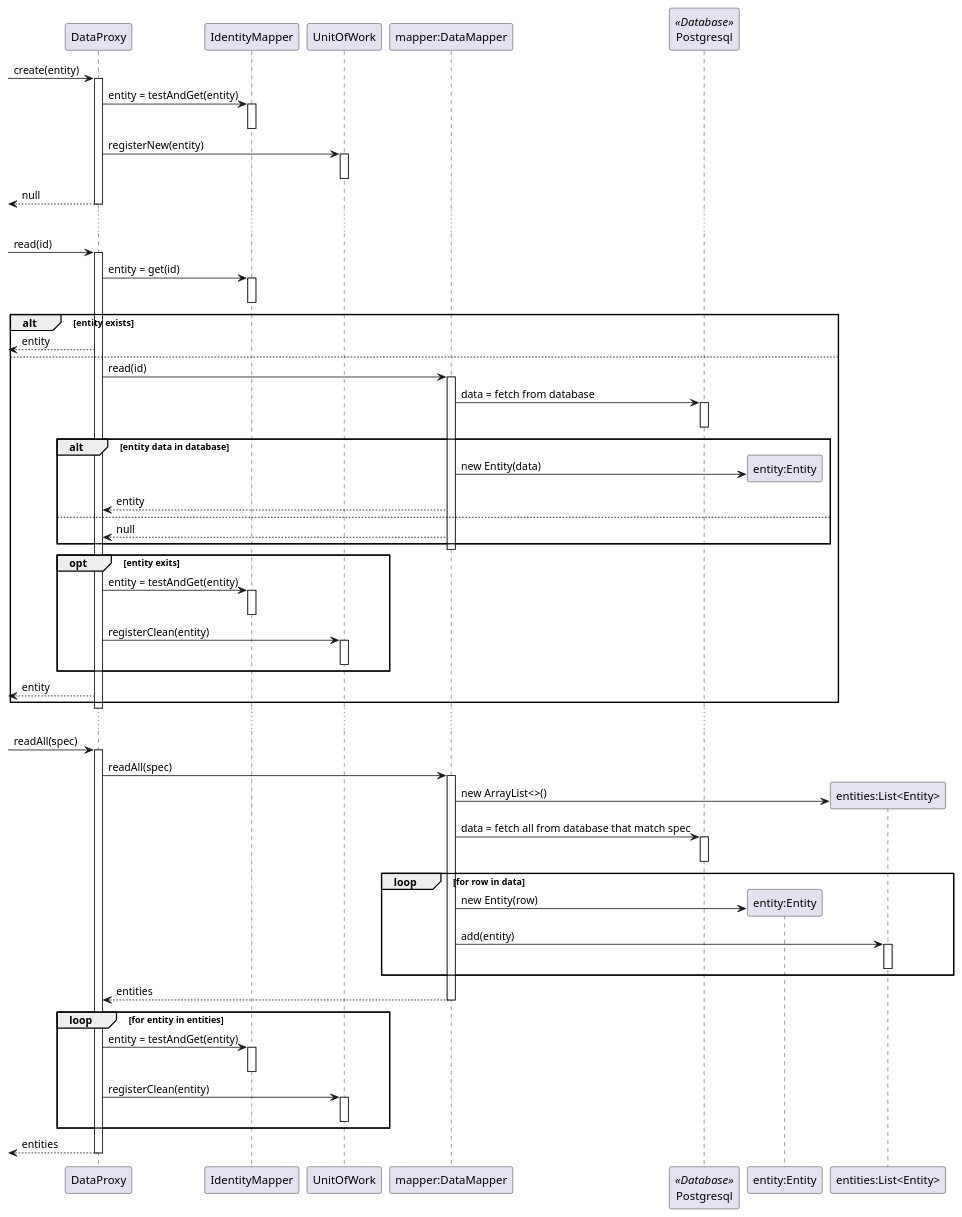
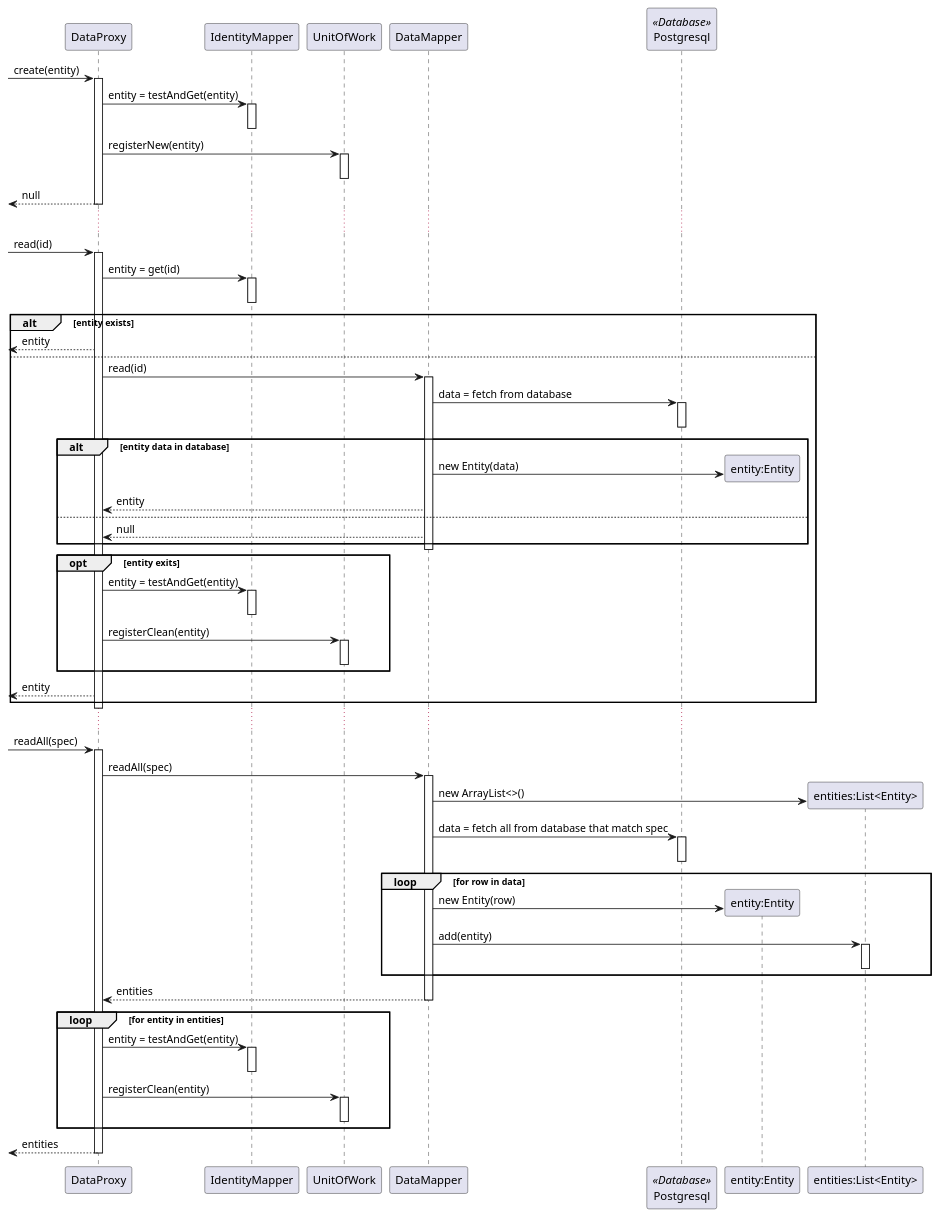
The diagram in docs/diagrams/patterns/data-mapper-proxy.puml (SWEN900072021/2Pizzas), drawn with PlantUML before and after one commit. The commit also changed 4 other files, not shown here.

```diff
--- a/docs/diagrams/patterns/data-mapper-proxy.puml
+++ b/docs/diagrams/patterns/data-mapper-proxy.puml
@@ -1,85 +1,85 @@
 @startuml  data mapper proxy
 
 participant "DataProxy" as dp
 participant "IdentityMapper" as idmap
 participant "UnitOfWork" as uow
-participant "mapper:DataMapper" as dm
+participant "DataMapper" as dm
 participant "Postgresql" as db << Database >>
 participant "entity:Entity" as ent
 participant "entities:List<Entity>" as ents
 
 [-> dp: create(entity)
 activate dp
 dp -> idmap: entity = testAndGet(entity)
 activate idmap
 deactivate idmap
 dp -> uow: registerNew(entity)
 activate uow
 deactivate uow
 [<-- dp: null
 deactivate dp
 
 ...
 
 [-> dp: read(id)
 activate dp
 dp -> idmap: entity = get(id)
 activate idmap
 deactivate idmap
 alt entity exists
   [<-- dp: entity
 else
   dp -> dm: read(id)
   activate dm
   dm -> db: data = fetch from database
   activate db
   deactivate db
   alt entity data in database
     dm -> ent **: new Entity(data)
     dm --> dp: entity
   else
     dm --> dp: null
   end
   deactivate dm
   opt entity exits
     dp -> idmap: entity = testAndGet(entity)
     activate idmap
     deactivate idmap
     dp -> uow: registerClean(entity)
     activate uow
     deactivate uow
   end
   [<-- dp: entity
 end
 deactivate dp
 
 ...
 
 [-> dp: readAll(spec)
 activate dp
 dp -> dm: readAll(spec)
 activate dm
 dm -> ents **: new ArrayList<>()
 dm -> db: data = fetch all from database that match spec
 activate db
 deactivate db
 loop for row in data
   dm -> ent **: new Entity(row)
   dm -> ents: add(entity)
   activate ents
   deactivate ents
 end
 dm --> dp: entities
 deactivate dm
 loop for entity in entities
   dp -> idmap: entity = testAndGet(entity)
   activate idmap
   deactivate idmap
   dp -> uow: registerClean(entity)
   activate uow
   deactivate uow
 end
 [<-- dp: entities
 deactivate dp
 
 @enduml
```
